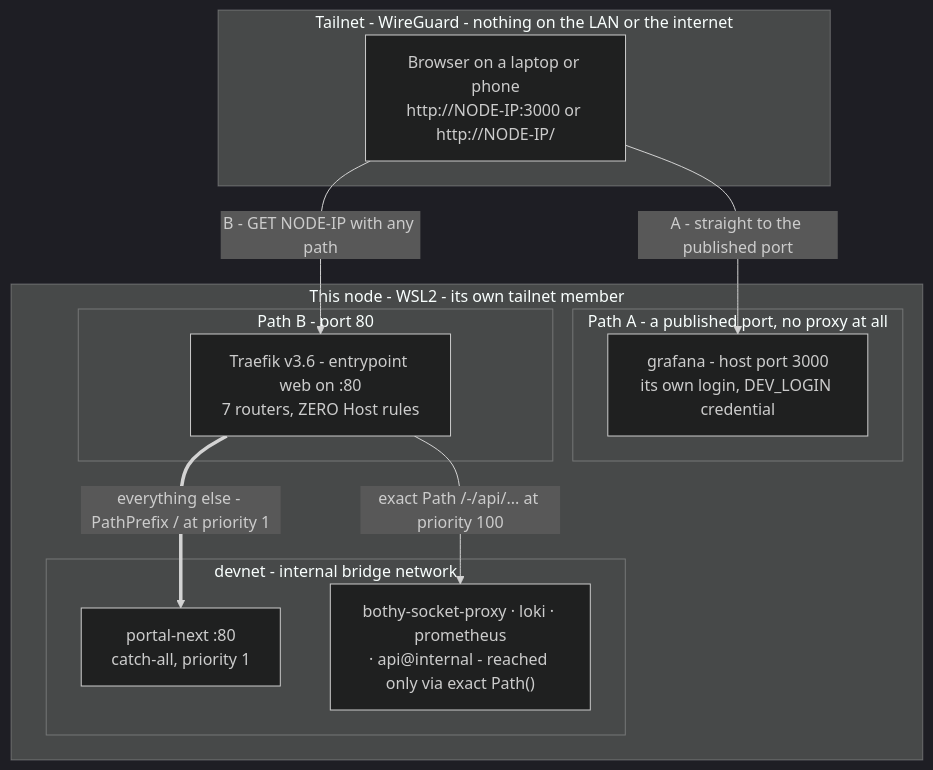
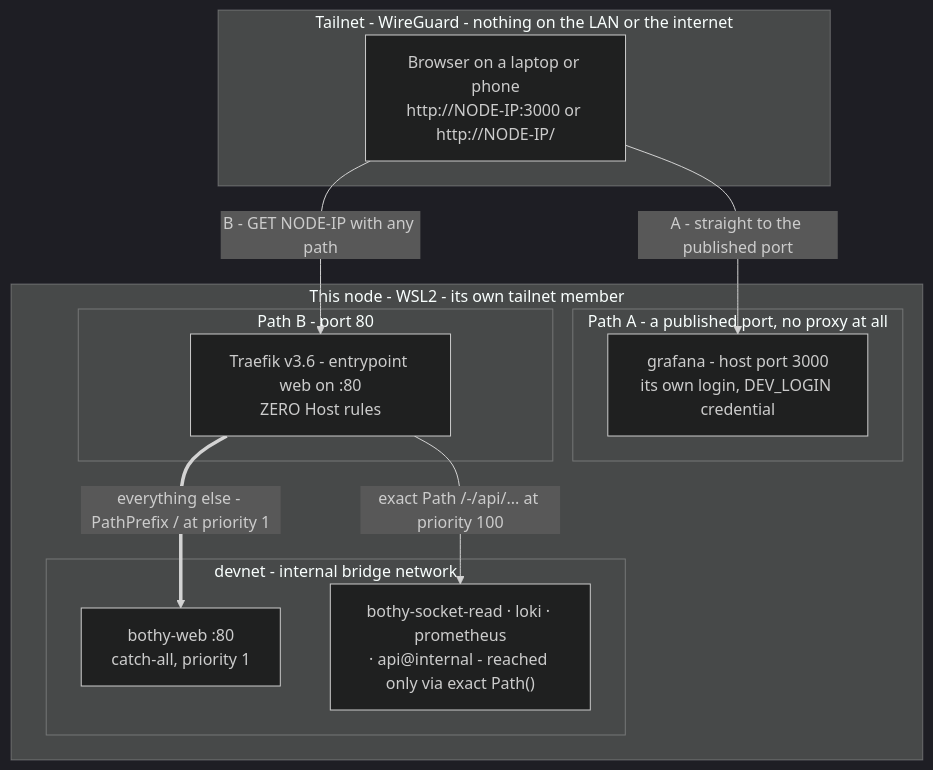
Before and after one commit to YehudaBriskman/Bothy: the diagram in docs/diagrams/request-path.mmd, drawn with Mermaid (dark theme). The commit also changed 497 other files, not shown here.

```diff
--- a/docs/diagrams/request-path.mmd
+++ b/docs/diagrams/request-path.mmd
@@ -1,24 +1,24 @@
 flowchart TB
     subgraph s_tailnet["Tailnet - WireGuard - nothing on the LAN or the internet"]
         BROWSER["Browser on a laptop or phone<br/>http://NODE-IP:3000 or http://NODE-IP/"]
     end
 
     subgraph s_box["This node - WSL2 - its own tailnet member"]
         subgraph s_direct["Path A - a published port, no proxy at all"]
             GRAF["grafana - host port 3000<br/>its own login, DEV_LOGIN credential"]
         end
 
         subgraph s_edge["Path B - port 80"]
-            TRAEFIK["Traefik v3.6 - entrypoint web on :80<br/>7 routers, ZERO Host rules"]
+            TRAEFIK["Traefik v3.6 - entrypoint web on :80<br/>ZERO Host rules"]
         end
 
         subgraph s_devnet["devnet - internal bridge network"]
-            PNEXT["portal-next :80<br/>catch-all, priority 1"]
-            APIS["bothy-socket-proxy · loki · prometheus<br/>· api@internal - reached only via exact Path()"]
+            PNEXT["bothy-web :80<br/>catch-all, priority 1"]
+            APIS["bothy-socket-read · loki · prometheus<br/>· api@internal - reached only via exact Path()"]
         end
     end
 
     BROWSER -->|"A - straight to the published port"| GRAF
     BROWSER -->|"B - GET NODE-IP with any path"| TRAEFIK
     TRAEFIK -->|"exact Path /-/api/... at priority 100"| APIS
     TRAEFIK ==>|"everything else - PathPrefix / at priority 1"| PNEXT
```
